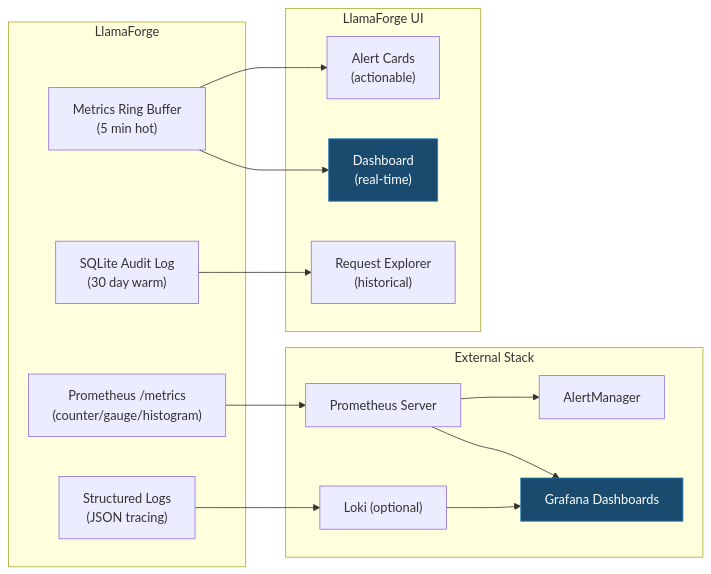
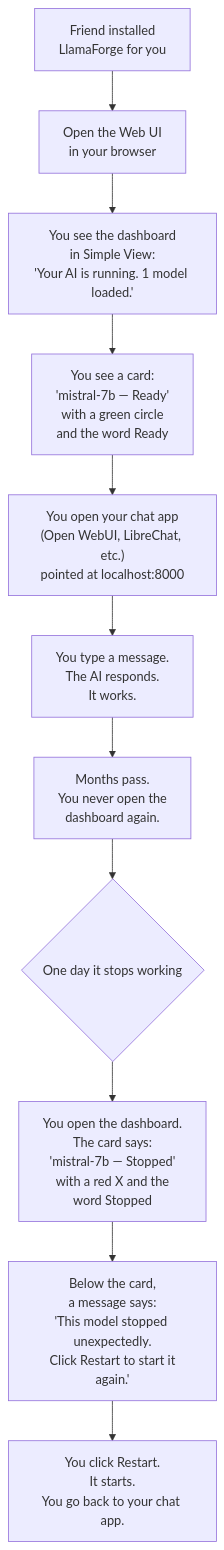
Diagram 13 of 16 in docs/USER_JOURNEYS.md (Doom325/llama-forge), drawn with Mermaid before and after one commit. The commit also changed other lines of this file, not shown here.

````diff
--- a/docs/USER_JOURNEYS.md
+++ b/docs/USER_JOURNEYS.md
@@ -988,32 +963,21 @@
 ```mermaid
-flowchart LR
-    subgraph "LlamaForge"
-        A["Metrics Ring Buffer<br/>(5 min hot)"]
-        B["SQLite Audit Log<br/>(30 day warm)"]
-        C["Prometheus /metrics<br/>(counter/gauge/histogram)"]
-        D["Structured Logs<br/>(JSON tracing)"]
-    end
+flowchart TD
+    A["Friend installed<br/>LlamaForge for you"] --> B["Open the Web UI<br/>in your browser"]
 
-    subgraph "External Stack"
-        E["Prometheus Server"]
-        F["Grafana Dashboards"]
-        G["AlertManager"]
-        H["Loki (optional)"]
-    end
+    B --> C["You see the dashboard<br/>in Simple View:<br/>'Your AI is running. 1 model loaded.'"]
 
-    subgraph "LlamaForge UI"
-        I["Dashboard<br/>(real-time)"]
-        J["Request Explorer<br/>(historical)"]
-        K["Alert Cards<br/>(actionable)"]
-    end
+    C --> D["You see a card:<br/>'mistral-7b — Ready'<br/>with a green circle<br/>and the word Ready"]
 
-    C --> E --> F
-    E --> G
-    D --> H --> F
-    A --> I
-    B --> J
-    A --> K
+    D --> E["You open your chat app<br/>(Open WebUI, LibreChat, etc.)<br/>pointed at localhost:8000"]
 
-    style I fill:#1a4a6e,stroke:#2980b9,color:#fff
-    style F fill:#1a4a6e,stroke:#2980b9,color:#fff
+    E --> F["You type a message.<br/>The AI responds.<br/>It works."]
+
+    F --> G["Months pass.<br/>You never open the<br/>dashboard again."]
+
+    G --> H{"One day it stops working"}
+    H --> I["You open the dashboard.<br/>The card says:<br/>'mistral-7b — Stopped'<br/>with a red X and the<br/>word Stopped"]
+
+    I --> J["Below the card,<br/>a message says:<br/>'This model stopped unexpectedly.<br/> Click Restart to start it again.'"]
+
+    J --> K["You click Restart.<br/>It starts.<br/>You go back to your chat app."]
 ```
````
